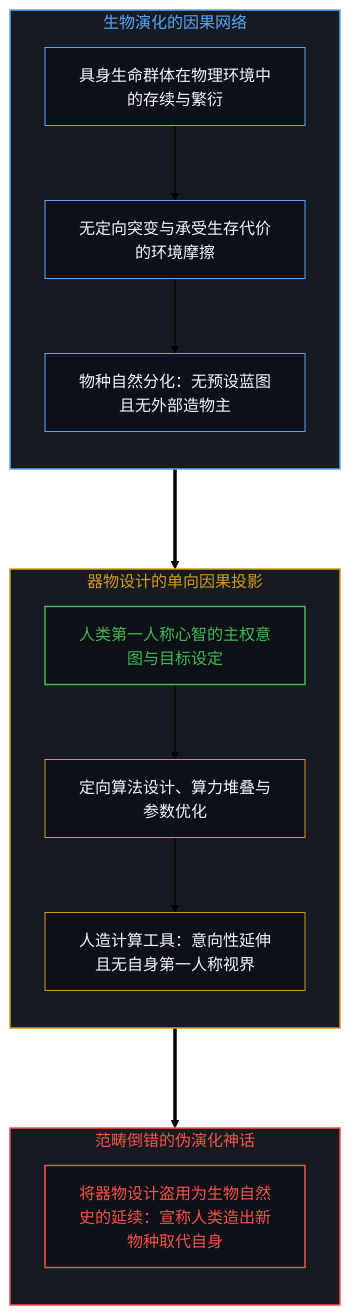
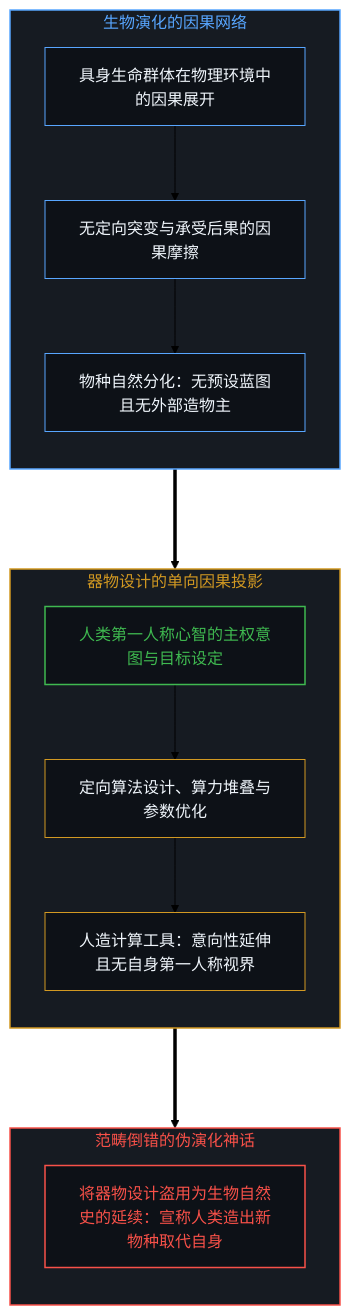
One commit to powerpig99/not-a-toe changed the first of 8 diagrams in content/posts/the-sleight-of-hand-of-synthesizing-gods-and-unacknowledged-rank.md. Above: the diagram before and after it, drawn with Mermaid (forest theme). The commit also changed other lines of this file and 2 other files, not shown here.

````diff
--- a/content/posts/the-sleight-of-hand-of-synthesizing-gods-and-unacknowledged-rank.md
+++ b/content/posts/the-sleight-of-hand-of-synthesizing-gods-and-unacknowledged-rank.md
@@ -15,33 +15,33 @@
 ```mermaid
 graph TD
     subgraph S_Evolution ["生物演化的因果网络"]
         direction TB
-        A_Life["具身生命群体在物理环境中的存续与繁衍"] --> B_Friction["无定向突变与承受生存代价的环境摩擦"]
+        A_Life["具身生命群体在物理环境中的因果展开"] --> B_Friction["无定向突变与承受后果的因果摩擦"]
         B_Friction --> C_NaturalSpec["物种自然分化：无预设蓝图且无外部造物主"]
     end
 
     subgraph S_Artifact ["器物设计的单向因果投影"]
         direction TB
         D_MindIntent["人类第一人称心智的主权意图与目标设定"] --> E_Engineering["定向算法设计、算力堆叠与参数优化"]
         E_Engineering --> F_ToolObject["人造计算工具：意向性延伸且无自身第一人称视界"]
     end
 
     subgraph S_CategoryError ["范畴倒错的伪演化神话"]
         direction TB
         G_Fallacy["将器物设计盗用为生物自然史的延续：宣称人类造出新物种取代自身"]
     end
 
     C_NaturalSpec ===> D_MindIntent
     F_ToolObject ===> G_Fallacy
 
     style S_Evolution fill:#161b22,stroke:#58a6ff,stroke-width:1.5px,color:#58a6ff
     style S_Artifact fill:#161b22,stroke:#d29922,stroke-width:1.5px,color:#d29922
     style S_CategoryError fill:#161b22,stroke:#f85149,stroke-width:1.5px,color:#f85149
     style A_Life fill:#0d1117,stroke:#58a6ff,stroke-width:1px,color:#f0f6fc
     style B_Friction fill:#0d1117,stroke:#58a6ff,stroke-width:1px,color:#f0f6fc
     style C_NaturalSpec fill:#0d1117,stroke:#58a6ff,stroke-width:1px,color:#f0f6fc
     style D_MindIntent fill:#0d1117,stroke:#3fb950,stroke-width:1.5px,color:#3fb950
     style E_Engineering fill:#0d1117,stroke:#d29922,stroke-width:1px,color:#f0f6fc
     style F_ToolObject fill:#0d1117,stroke:#d29922,stroke-width:1px,color:#f0f6fc
     style G_Fallacy fill:#0d1117,stroke:#f85149,stroke-width:1.5px,color:#f85149
 ```
````
